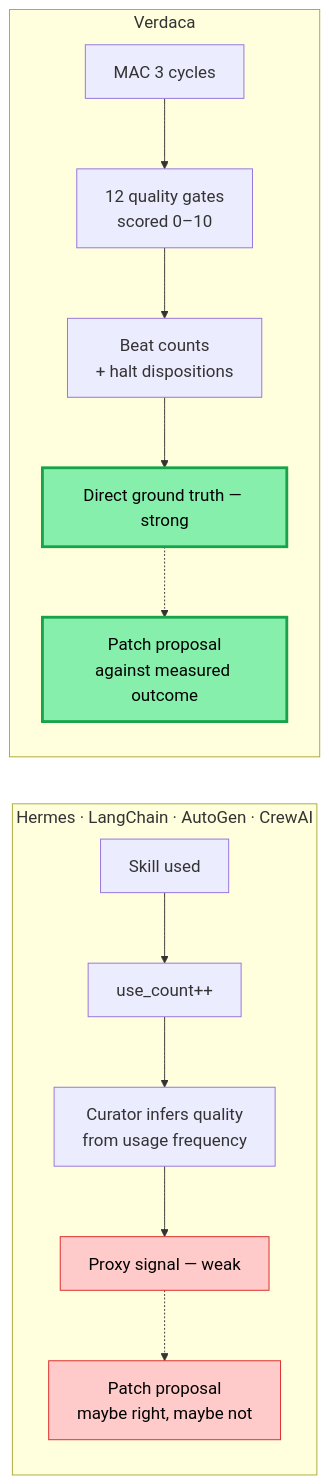
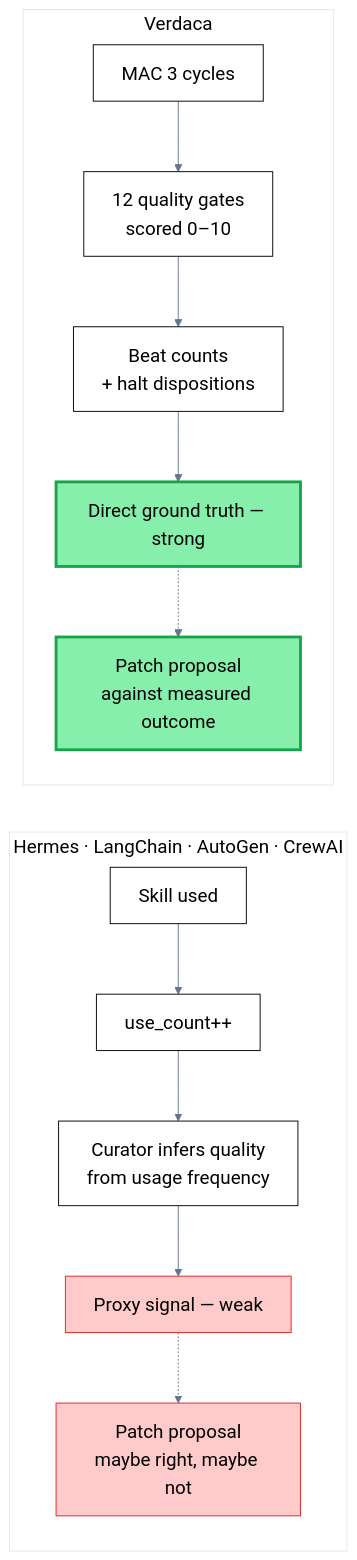
Before and after one commit to verdaca/VERDACA: the third of 13 diagrams in docs/architecture-diagrams.md, drawn with Mermaid. The commit also changed other lines of this file, not shown here.

First line of the commit message:
docs: fix Diagram 1 parser error + uniform font config for 3/6/12

````diff
--- a/docs/architecture-diagrams.md
+++ b/docs/architecture-diagrams.md
@@ -92,20 +92,20 @@
 ```mermaid
-%%{init: {'themeVariables': {'fontSize': '18px'}}}%%
+%%{init: {'theme': 'base', 'themeVariables': {'fontSize': '20px', 'primaryColor': '#fff', 'primaryTextColor': '#000', 'lineColor': '#64748b', 'nodeBorder': '#000'}}}%%
 flowchart LR
     subgraph COMPETITORS["Hermes · LangChain · AutoGen · CrewAI"]
         H1["Skill used"] --> H2["use_count++"]
         H2 --> H3["Curator infers quality<br/>from usage frequency"]
         H3 --> H4["Proxy signal — weak"]:::weak
         H4 -.-> H5["Patch proposal<br/>maybe right, maybe not"]:::weak
     end
 
     subgraph VERDACA["Verdaca"]
         V1["MAC 3 cycles"] --> V2["12 quality gates<br/>scored 0–10"]
         V2 --> V3["Beat counts<br/>+ halt dispositions"]
         V3 --> V4["Direct ground truth — strong"]:::strong
         V4 -.-> V5["Patch proposal<br/>against measured outcome"]:::strong
     end
 
     classDef weak fill:#fecaca,stroke:#dc2626,stroke-width:1px,color:#000
     classDef strong fill:#86efac,stroke:#16a34a,stroke-width:3px,color:#000
 ```
````
